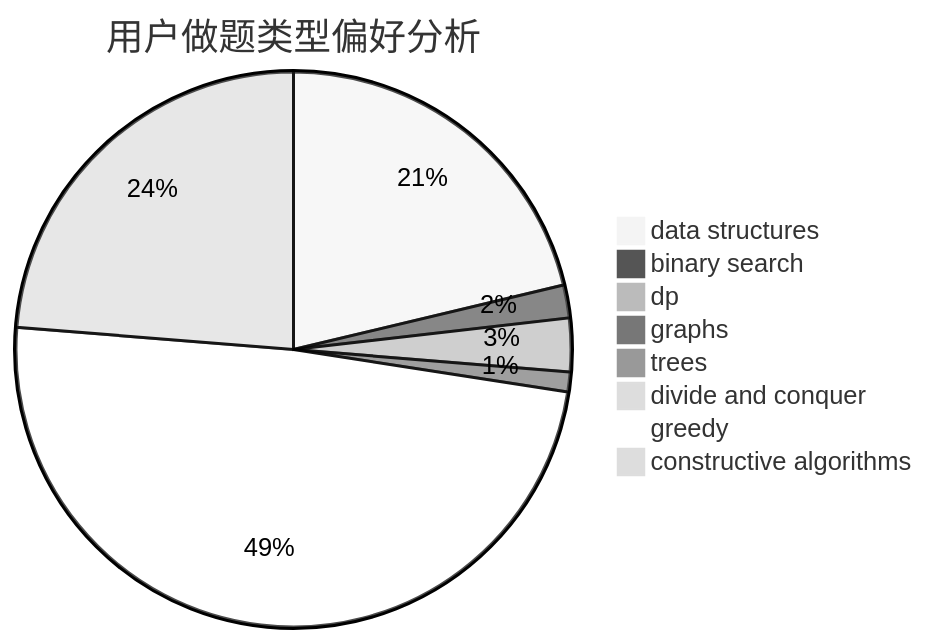
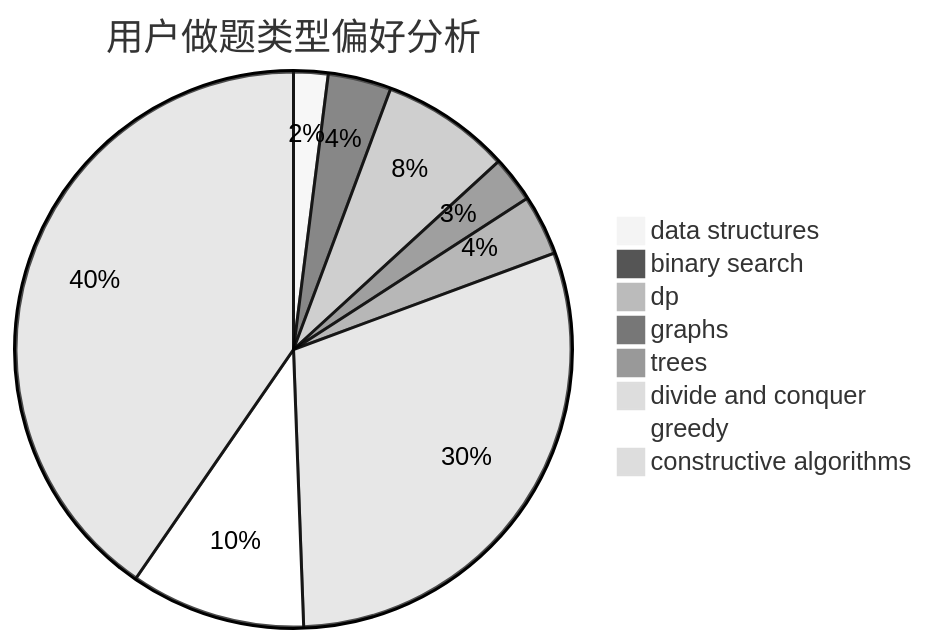
The second of 3 diagrams in docs/user/u1555.md (sherpahu/cfrs.github.io), drawn with Mermaid (neutral theme) before and after one commit. The commit also changed other lines of this file and 2770 other files, not shown here.

````diff
--- a/docs/user/u1555.md
+++ b/docs/user/u1555.md
@@ -23,11 +23,11 @@
 ```mermaid
 pie title 用户做题类型偏好分析
-    "data structures" :  389
-    "binary search" :  35
-    "dp" :  57
-    "graphs" :  21
-    "trees" :  6
-    "divide and conquer" :  0
-    "greedy" :  893
-    "constructive algorithms" :  434
+    "data structures" :  12
+    "binary search" :  22
+    "dp" :  45
+    "graphs" :  16
+    "trees" :  21
+    "divide and conquer" :  180
+    "greedy" :  61
+    "constructive algorithms" :  242
 ```
````
